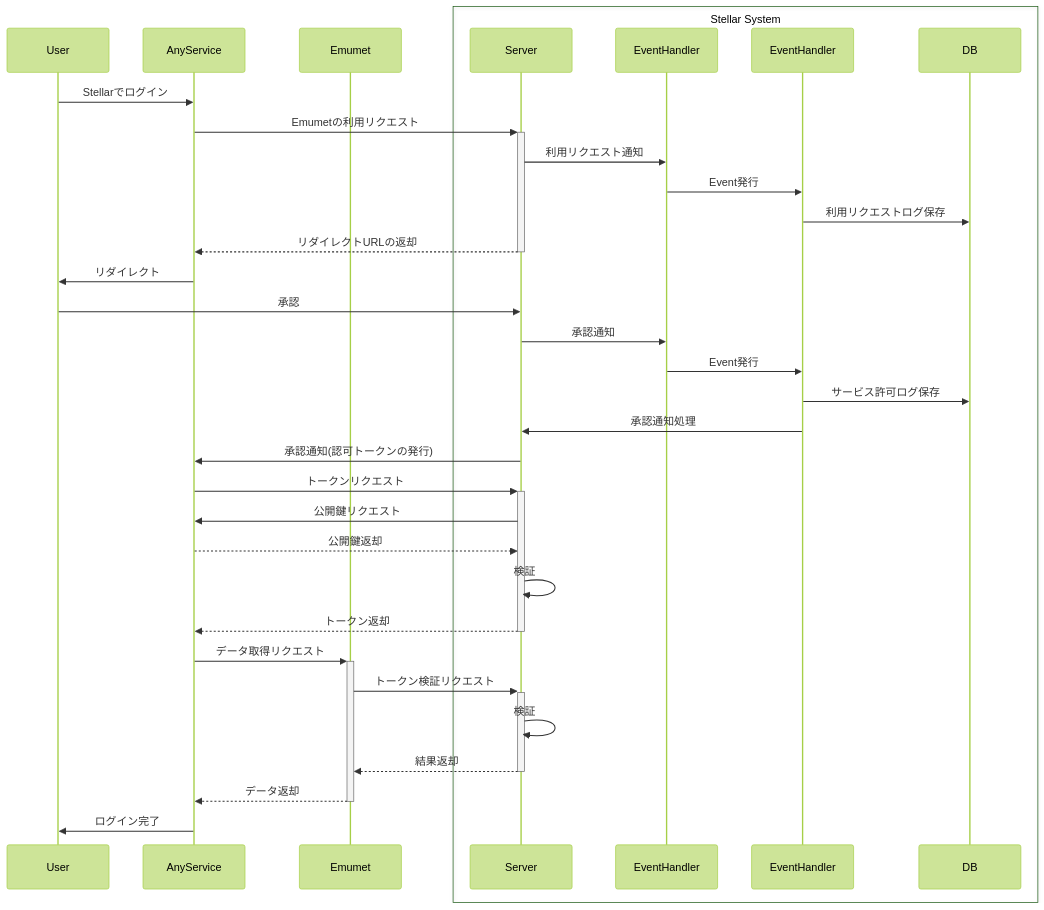
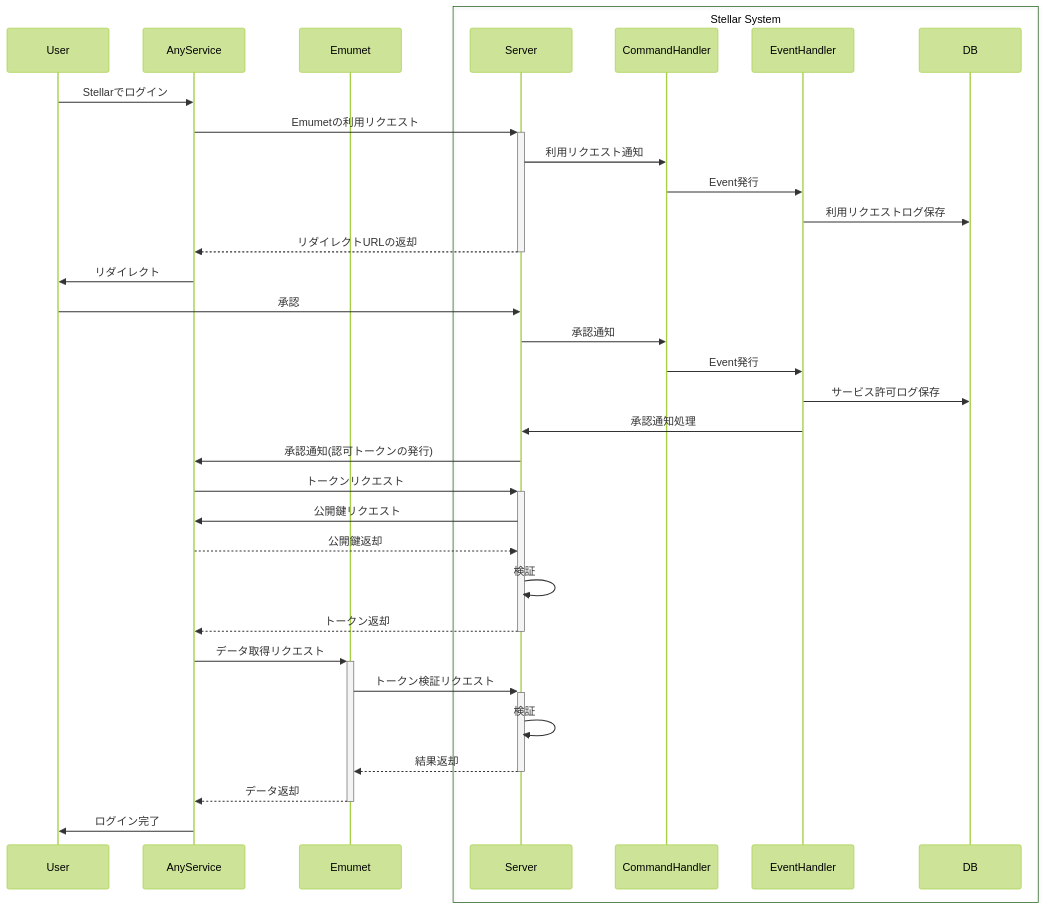
Before and after one commit to ShuttlePub/document: the fourth of 4 diagrams in packages/document/docs/service/common-flows.md, drawn with Mermaid (forest theme).

Commit message:
style: Fix typo

````diff
--- a/packages/document/docs/service/common-flows.md
+++ b/packages/document/docs/service/common-flows.md
@@ -57,36 +57,36 @@
 ```mermaid
 sequenceDiagram
     participant U as User
     participant A as AnyService
     participant E as Emumet
     box Stellar System
         participant S as Server
-        participant SC as EventHandler
+        participant SC as CommandHandler
         participant SE as EventHandler
         participant SD as DB
     end
     U->>A: Stellarでログイン
     A->>+S: Emumetの利用リクエスト
         S->>SC: 利用リクエスト通知
         SC->>SE: Event発行
         SE->>SD: 利用リクエストログ保存
     S-->>-A: リダイレクトURLの返却
     A->>U: リダイレクト
     U->>S: 承認
         S->>SC: 承認通知
         SC->>SE: Event発行
         SE->>SD: サービス許可ログ保存
         SE->>S: 承認通知処理
     S->>A: 承認通知(認可トークンの発行)
     A->>+S: トークンリクエスト
         S->>A: 公開鍵リクエスト
         A-->>S: 公開鍵返却
         S->>S: 検証
     S-->>-A: トークン返却
     A->>+E: データ取得リクエスト
     E->>+S: トークン検証リクエスト
     S->>S: 検証
     S-->>-E: 結果返却
     E-->>-A: データ返却
     A->>U: ログイン完了
 ```
````
